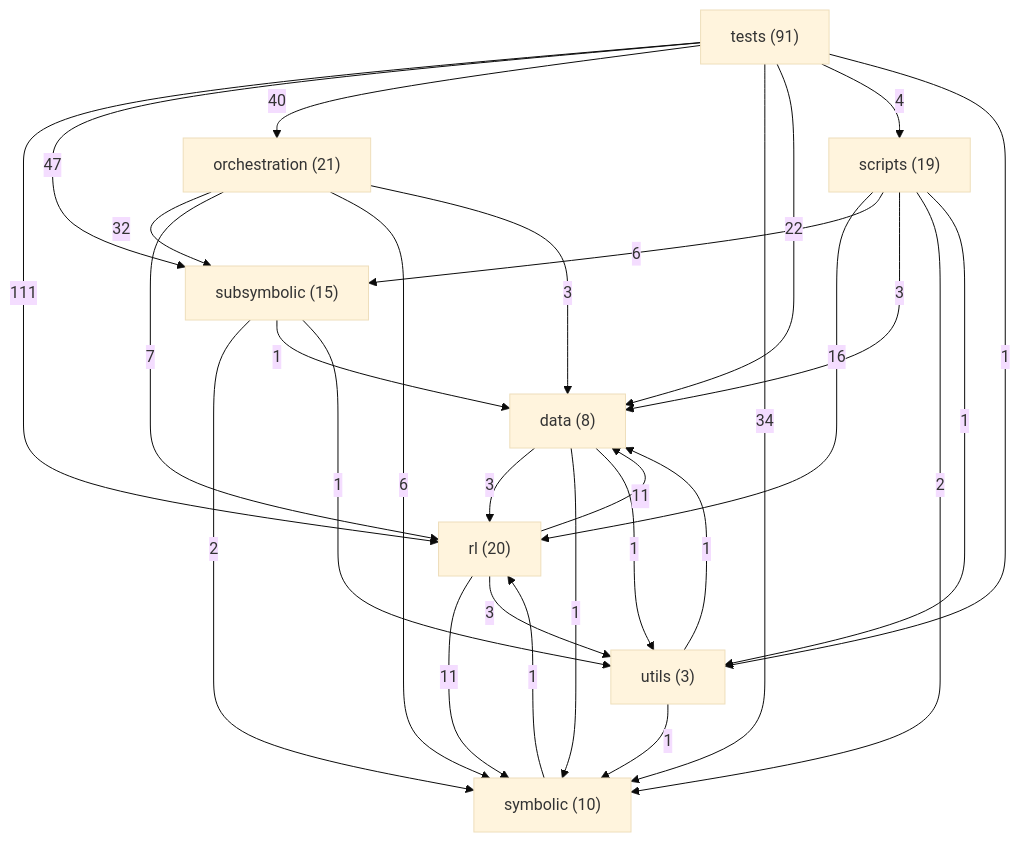
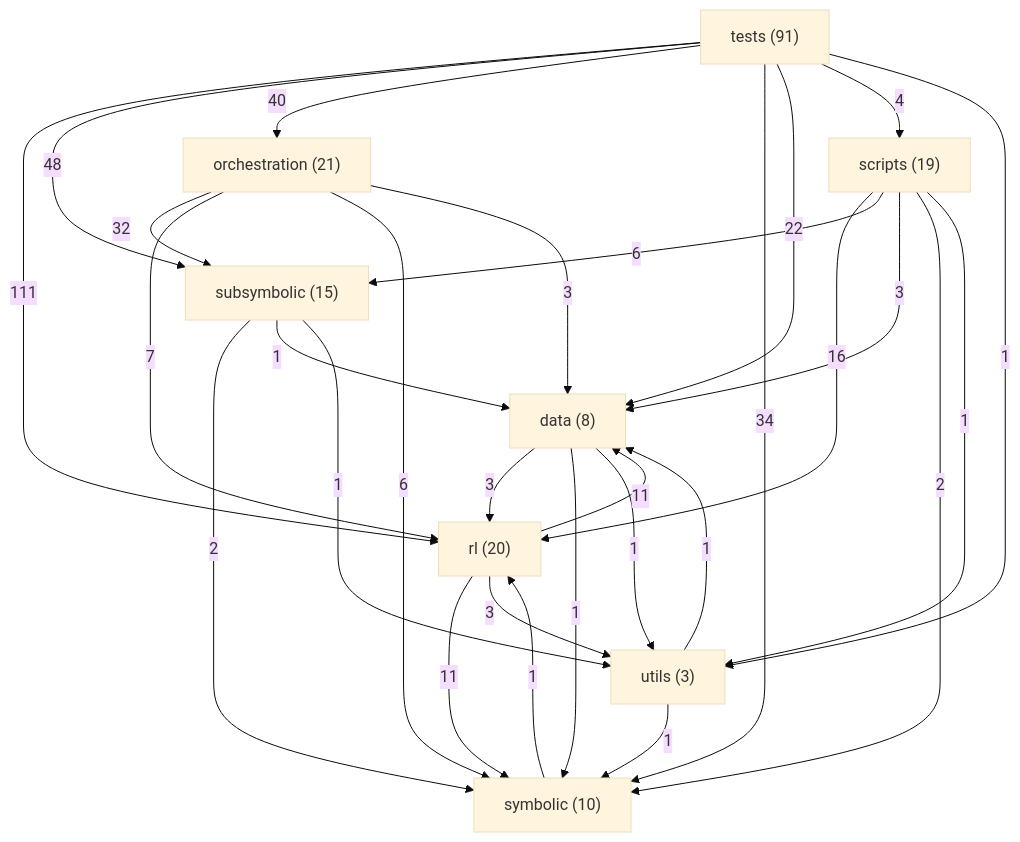
One commit to danrd/ARC-AGI changed the diagram in ARCHITECTURE.md. Above: the diagram before and after it, drawn with Mermaid (base theme). The commit also changed other lines of this file and 7 other files, not shown here.

````diff
--- a/ARCHITECTURE.md
+++ b/ARCHITECTURE.md
@@ -211,39 +211,39 @@
 ```mermaid
 graph TD
   data["data (8)"]
   orchestration["orchestration (21)"]
   rl["rl (20)"]
   scripts["scripts (19)"]
   subsymbolic["subsymbolic (15)"]
   symbolic["symbolic (10)"]
   tests["tests (91)"]
   utils["utils (3)"]
   tests -->|111| rl
-  tests -->|47| subsymbolic
+  tests -->|48| subsymbolic
   tests -->|40| orchestration
   tests -->|34| symbolic
   orchestration -->|32| subsymbolic
   tests -->|22| data
   scripts -->|16| rl
   rl -->|11| data
   rl -->|11| symbolic
   orchestration -->|7| rl
   orchestration -->|6| symbolic
   scripts -->|6| subsymbolic
   tests -->|4| scripts
   data -->|3| rl
   orchestration -->|3| data
   rl -->|3| utils
   scripts -->|3| data
   scripts -->|2| symbolic
   subsymbolic -->|2| symbolic
   data -->|1| symbolic
   data -->|1| utils
   scripts -->|1| utils
   subsymbolic -->|1| data
   subsymbolic -->|1| utils
   symbolic -->|1| rl
   tests -->|1| utils
   utils -->|1| data
   utils -->|1| symbolic
 ```
````
